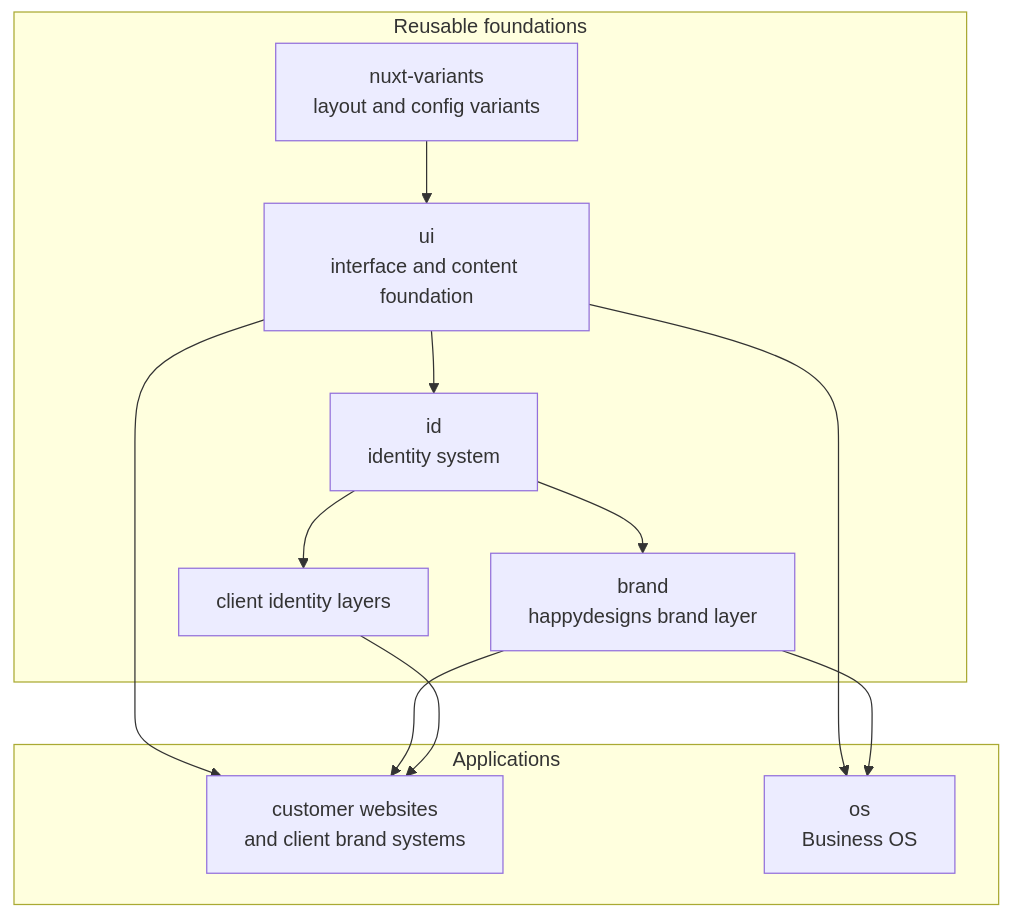
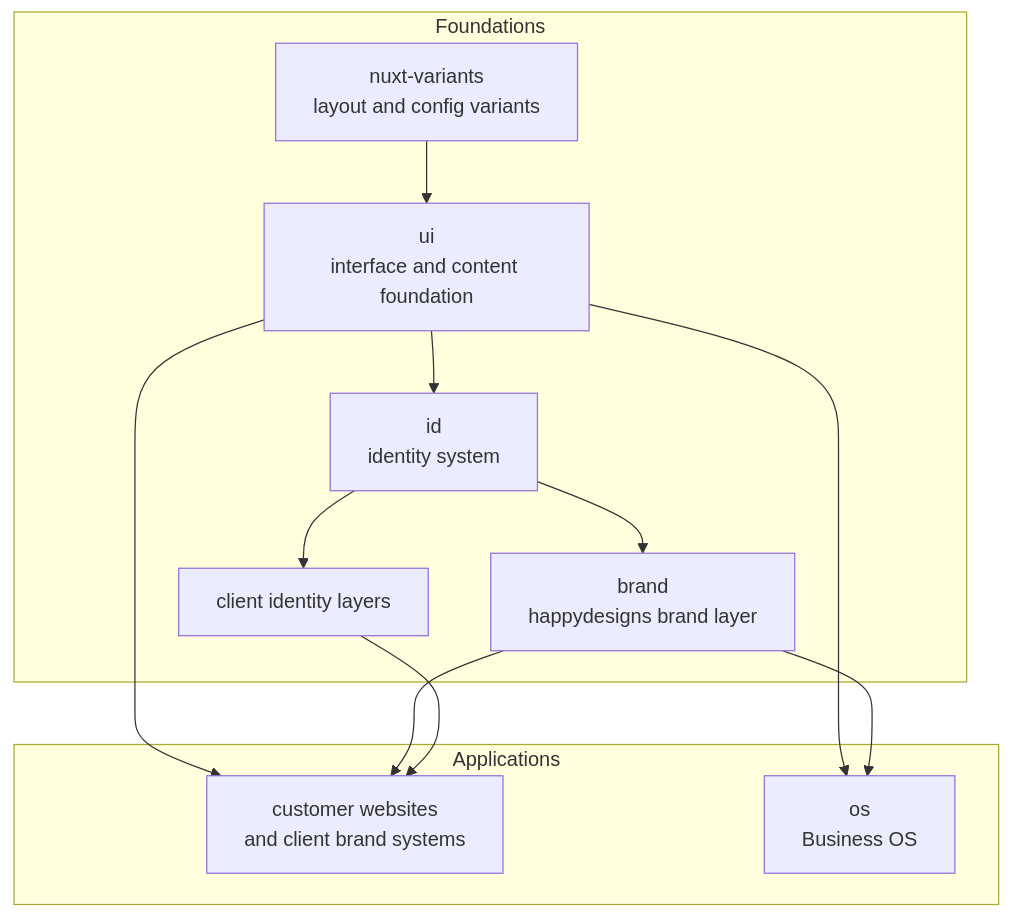
Before and after one commit to happydesigns/docs: the diagram in content/en/1.start/1.operating-model.md, drawn with Mermaid. The commit also changed other lines of this file, not shown here.

Commit message:
docs: simplify foundations terminology

````diff
--- a/content/en/1.start/1.operating-model.md
+++ b/content/en/1.start/1.operating-model.md
@@ -29,20 +29,20 @@
 ```mermaid
 flowchart TD
-  subgraph Foundations["Reusable foundations"]
+  subgraph Foundations["Foundations"]
     Variants["nuxt-variants<br/>layout and config variants"] --> UI["ui<br/>interface and content foundation"]
     UI --> ID["id<br/>identity system"]
     ID --> Brand["brand<br/>happydesigns brand layer"]
     ID --> ClientIdentity["client identity layers"]
   end
 
   subgraph Applications["Applications"]
     Sites["customer websites<br/>and client brand systems"]
     OS["os<br/>Business OS"]
   end
 
   UI --> Sites
   UI --> OS
   Brand --> Sites
   Brand --> OS
   ClientIdentity --> Sites
 ```
````
